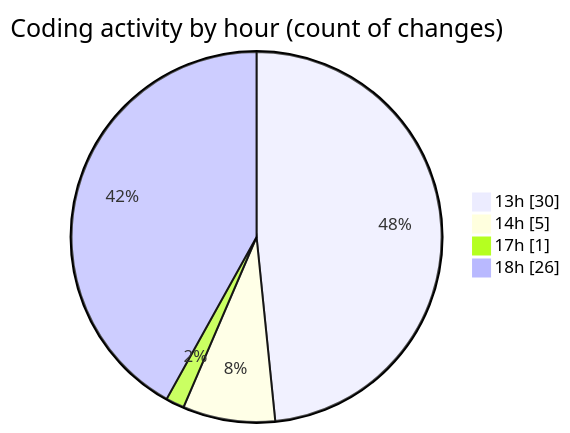
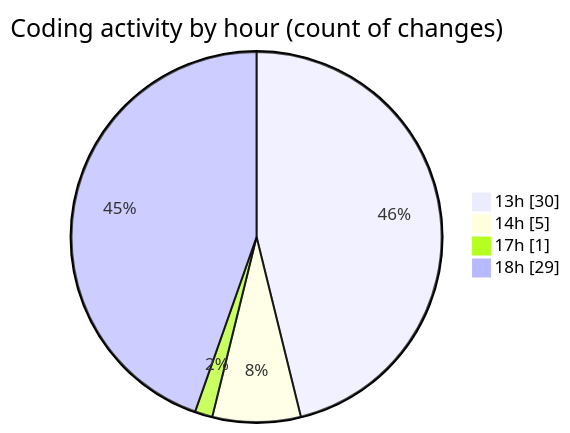
Before and after one commit to robertbonfada/code-tracking: the second of 2 diagrams in 2025-01-14/mbc-web/README.md, drawn with Mermaid. The commit also changed other lines of this file and 1 other file, not shown here.

````diff
--- a/2025-01-14/mbc-web/README.md
+++ b/2025-01-14/mbc-web/README.md
@@ -50,8 +51,8 @@
 ```mermaid
 pie showData
 title Coding activity by hour (count of changes)
 "13h" : 30
 "14h" : 5
 "17h" : 1
-"18h" : 26
+"18h" : 29
 ```
````
